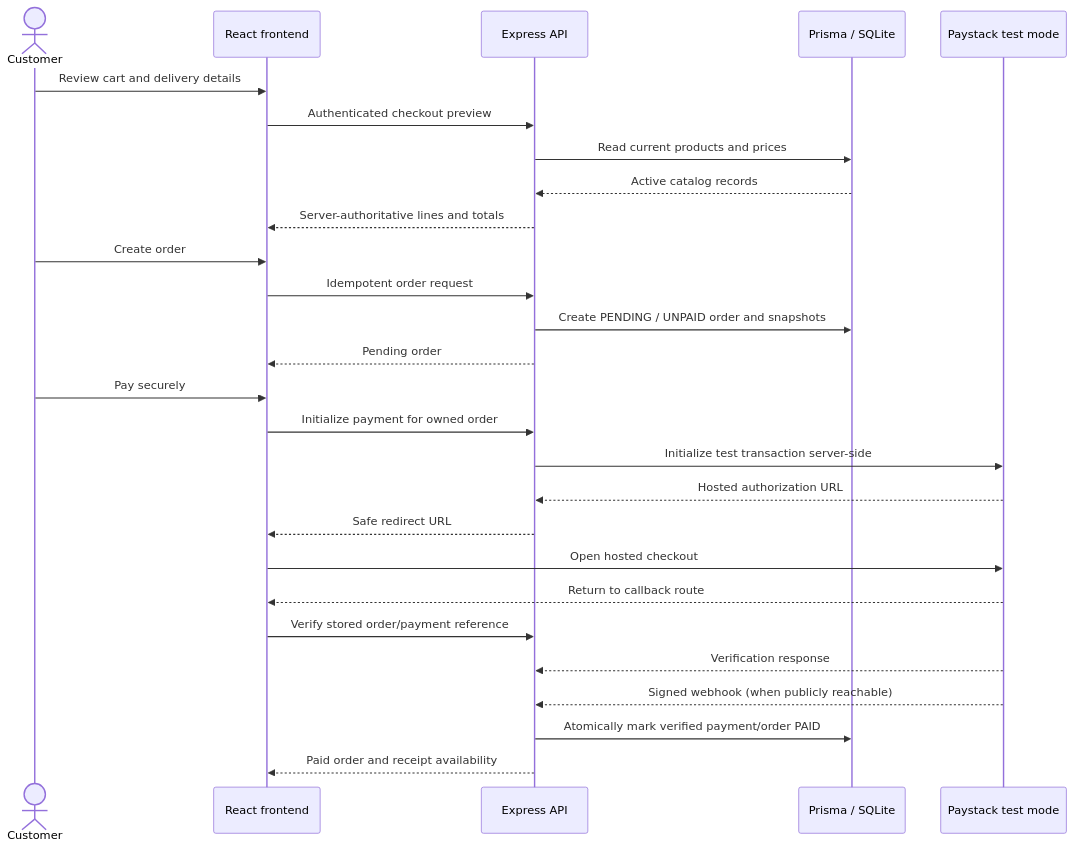
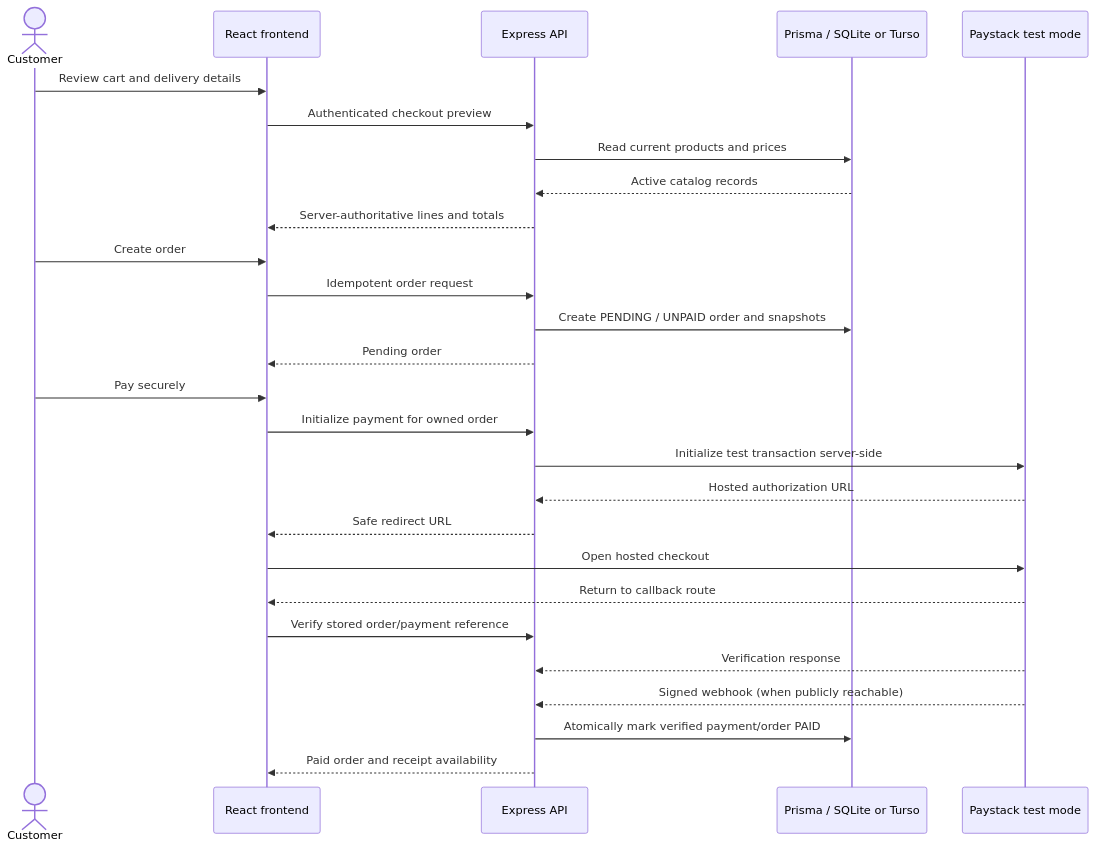
Before and after one commit to kvchi/OfferingsbyMk: the second of 2 diagrams in README.md, drawn with Mermaid. The commit also changed other lines of this file, not shown here.

````diff
--- a/README.md
+++ b/README.md
@@ -81,30 +89,30 @@
 ```mermaid
 sequenceDiagram
     actor Customer
     participant UI as React frontend
     participant API as Express API
-    participant DB as Prisma / SQLite
+    participant DB as Prisma / SQLite or Turso
     participant PS as Paystack test mode
 
     Customer->>UI: Review cart and delivery details
     UI->>API: Authenticated checkout preview
     API->>DB: Read current products and prices
     DB-->>API: Active catalog records
     API-->>UI: Server-authoritative lines and totals
     Customer->>UI: Create order
     UI->>API: Idempotent order request
     API->>DB: Create PENDING / UNPAID order and snapshots
     API-->>UI: Pending order
     Customer->>UI: Pay securely
     UI->>API: Initialize payment for owned order
     API->>PS: Initialize test transaction server-side
     PS-->>API: Hosted authorization URL
     API-->>UI: Safe redirect URL
     UI->>PS: Open hosted checkout
     PS-->>UI: Return to callback route
     UI->>API: Verify stored order/payment reference
     PS-->>API: Verification response
     PS-->>API: Signed webhook (when publicly reachable)
     API->>DB: Atomically mark verified payment/order PAID
     API-->>UI: Paid order and receipt availability
 ```
````
